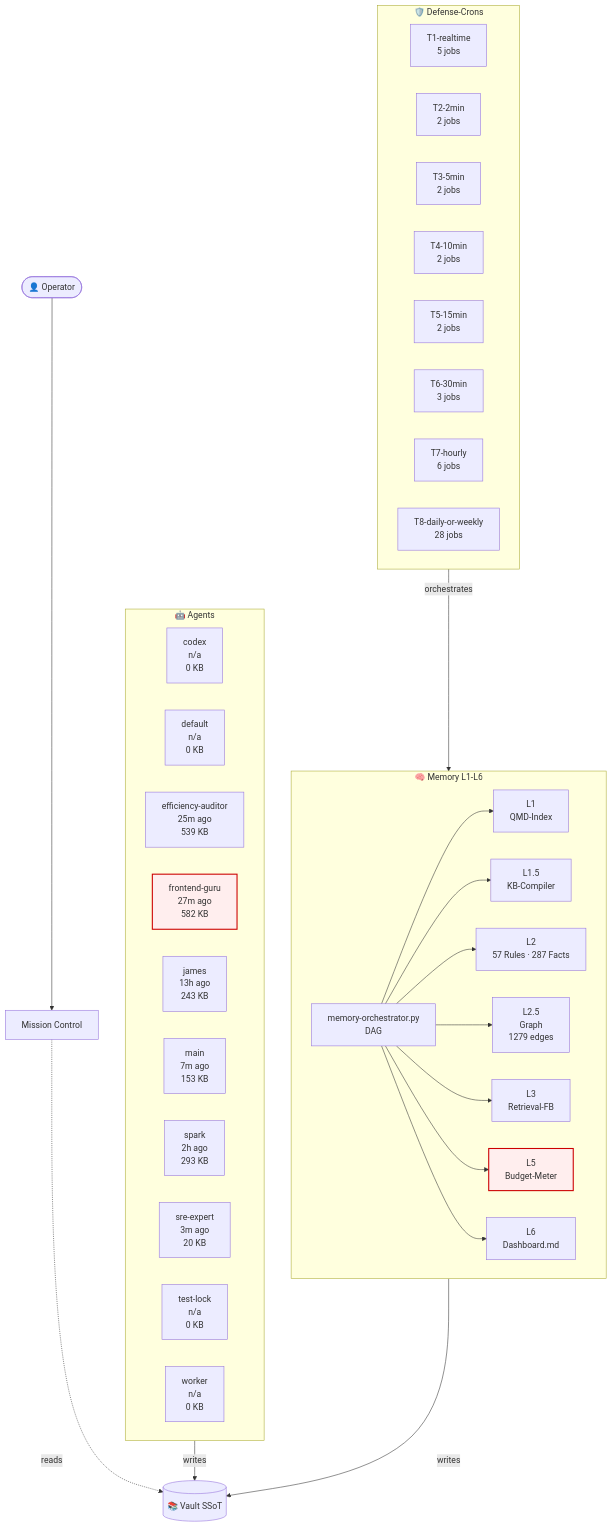
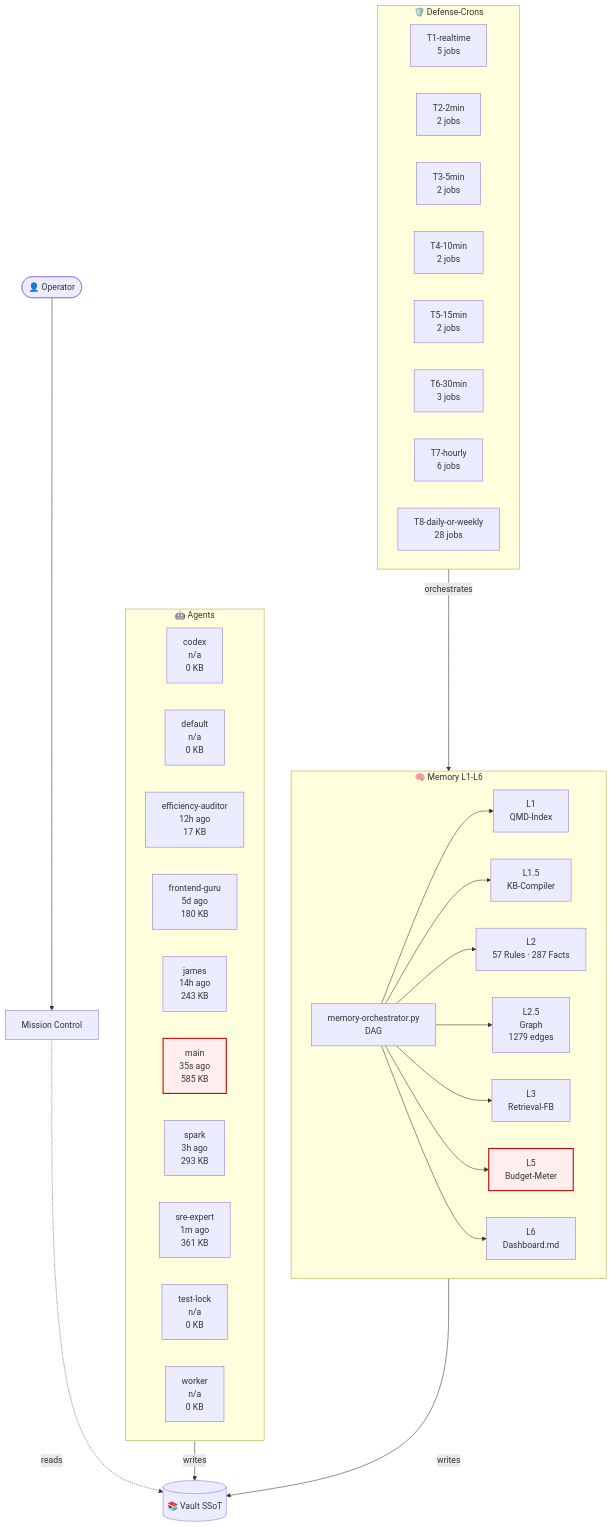
One commit to lenardhuebner88-rgb/openclaw-memory changed the diagram in 03-Agents/architecture-live.md. Above: the diagram before and after it, drawn with Mermaid. The commit also changed other lines of this file and 10 other files, not shown here.

````diff
--- a/03-Agents/architecture-live.md
+++ b/03-Agents/architecture-live.md
@@ -18,53 +18,53 @@
 ```mermaid
 flowchart TB
     classDef critical fill:#fee,stroke:#c00,stroke-width:2px;
     subgraph AGT["🤖 Agents"]
         agent_codex["codex<br/>n/a<br/>0 KB"]
         agent_default["default<br/>n/a<br/>0 KB"]
-        agent_efficiency_auditor["efficiency-auditor<br/>25m ago<br/>539 KB"]
-        agent_frontend_guru["frontend-guru<br/>27m ago<br/>582 KB"]
-        agent_james["james<br/>13h ago<br/>243 KB"]
-        agent_main["main<br/>7m ago<br/>153 KB"]
-        agent_spark["spark<br/>2h ago<br/>293 KB"]
-        agent_sre_expert["sre-expert<br/>3m ago<br/>20 KB"]
+        agent_efficiency_auditor["efficiency-auditor<br/>12h ago<br/>17 KB"]
+        agent_frontend_guru["frontend-guru<br/>5d ago<br/>180 KB"]
+        agent_james["james<br/>14h ago<br/>243 KB"]
+        agent_main["main<br/>35s ago<br/>585 KB"]
+        agent_spark["spark<br/>3h ago<br/>293 KB"]
+        agent_sre_expert["sre-expert<br/>1m ago<br/>361 KB"]
         agent_test_lock["test-lock<br/>n/a<br/>0 KB"]
         agent_worker["worker<br/>n/a<br/>0 KB"]
     end
     subgraph MEM["🧠 Memory L1-L6"]
         L1["L1<br/>QMD-Index"]
         L15["L1.5<br/>KB-Compiler"]
         L2["L2<br/>57 Rules · 287 Facts"]
         L25["L2.5<br/>Graph<br/>1279 edges"]
         L3["L3<br/>Retrieval-FB"]
         L5["L5<br/>Budget-Meter"]
         L6["L6<br/>Dashboard.md"]
         ORCH["memory-orchestrator.py<br/>DAG"]
     end
     subgraph CRN["🛡️ Defense-Crons"]
         tier_T1_realtime["T1-realtime<br/>5 jobs"]
         tier_T2_2min["T2-2min<br/>2 jobs"]
         tier_T3_5min["T3-5min<br/>2 jobs"]
         tier_T4_10min["T4-10min<br/>2 jobs"]
         tier_T5_15min["T5-15min<br/>2 jobs"]
         tier_T6_30min["T6-30min<br/>3 jobs"]
         tier_T7_hourly["T7-hourly<br/>6 jobs"]
         tier_T8_daily_or_weekly["T8-daily-or-weekly<br/>28 jobs"]
     end
     VAULT[("📚 Vault SSoT")]
     OP([👤 Operator])
     MC["Mission Control"]
     OP --> MC
     MC -.reads.-> VAULT
     AGT -->|writes| VAULT
     MEM -->|writes| VAULT
     ORCH --> L1
     ORCH --> L15
     ORCH --> L2
     ORCH --> L25
     ORCH --> L3
     ORCH --> L5
     ORCH --> L6
     CRN -->|orchestrates| MEM
     class L5 critical
-    class agent_frontend_guru critical
+    class agent_main critical
 ```
````
